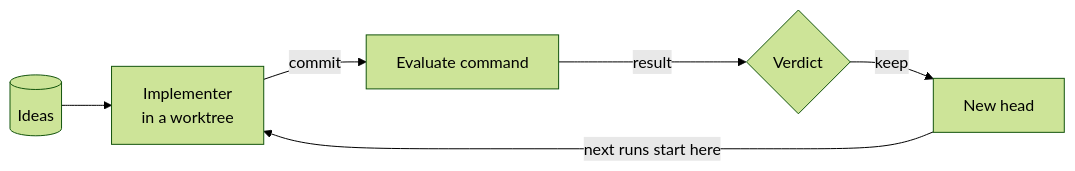
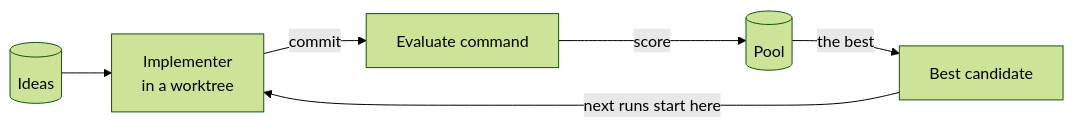
One commit to hiloopai/piloop changed the diagram in docs/index.mdx. Above: the diagram before and after it, drawn with Mermaid (forest theme). The commit also changed other lines of this file and 301 other files, not shown here.

First line of the commit message:
feat!: every candidate is scored into a pool and the best is a query; a run starts from any candidate (#681)

````diff
--- a/docs/index.mdx
+++ b/docs/index.mdx
@@ -31,8 +31,8 @@
 ```mermaid
 flowchart LR
     B[(Ideas)] --> W[Implementer<br/>in a worktree]
     W -->|commit| E[Evaluate command]
-    E -->|result| V{Verdict}
-    V -->|keep| H[New head]
+    E -->|score| P[(Pool)]
+    P -->|the best| H[Best candidate]
     H -->|next runs start here| W
 ```
````
